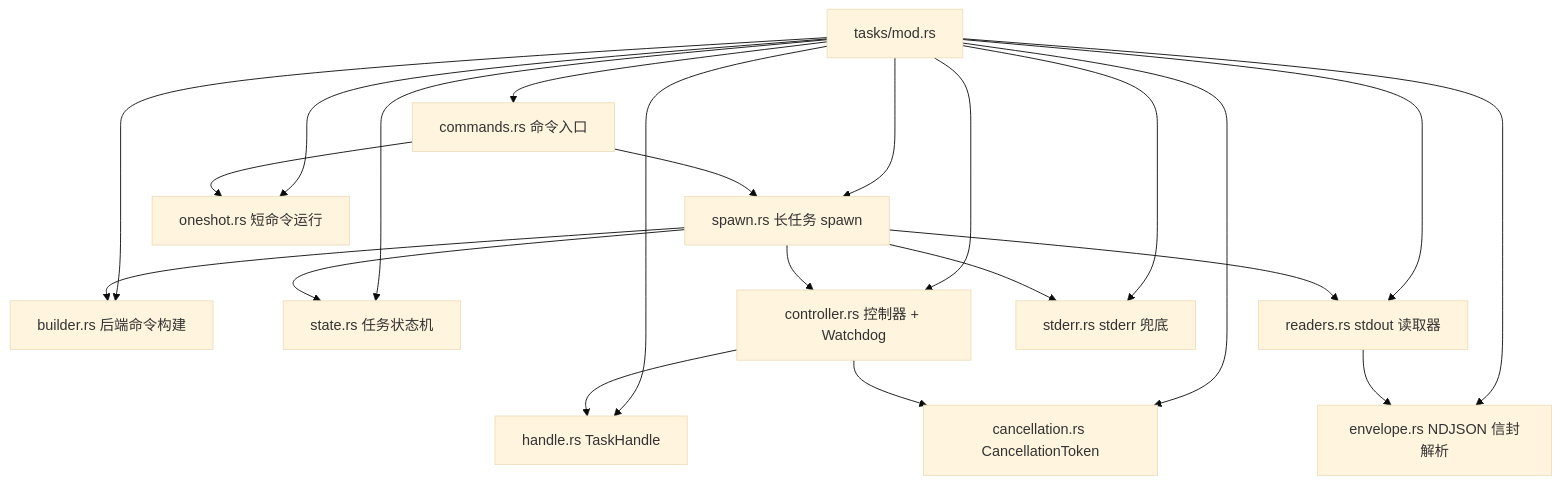
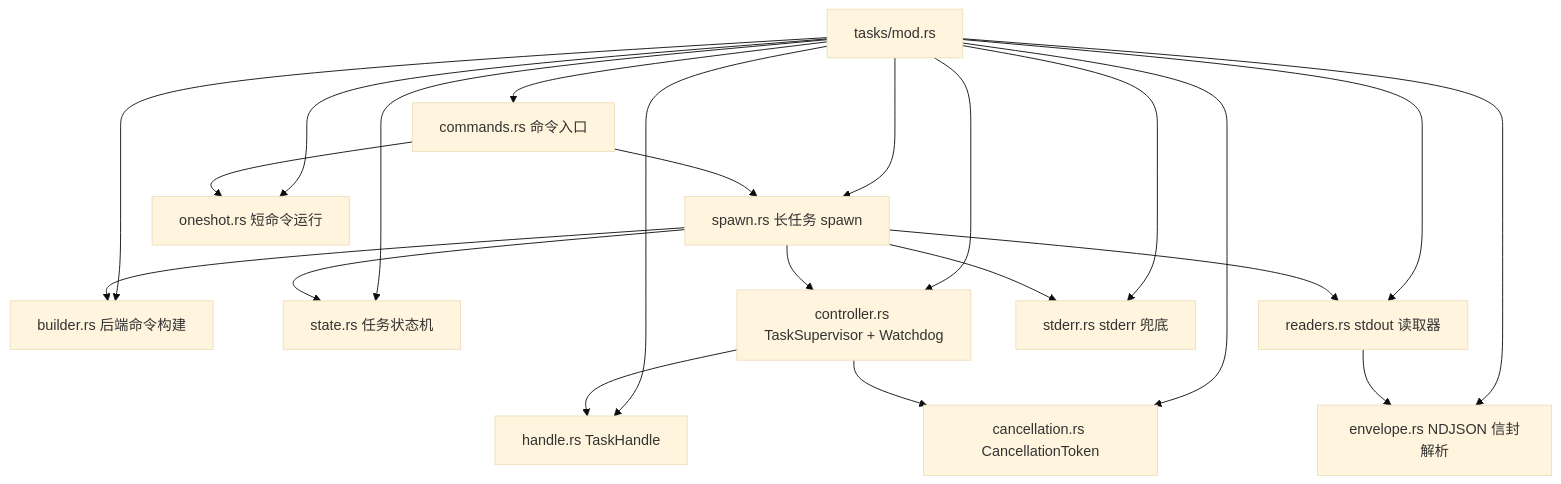
The second of 5 diagrams in docs/03-rust-shell-architecture.md (youge325/vp), drawn with Mermaid (base theme) before and after one commit. The commit also changed other lines of this file and 14 other files, not shown here.

````diff
--- a/docs/03-rust-shell-architecture.md
+++ b/docs/03-rust-shell-architecture.md
@@ -72,25 +70,25 @@
 ```mermaid
 graph TB
     A[tasks/mod.rs] --> B[commands.rs 命令入口]
     A --> C[spawn.rs 长任务 spawn]
     A --> D[oneshot.rs 短命令运行]
     A --> E[builder.rs 后端命令构建]
     A --> F[state.rs 任务状态机]
     A --> G[handle.rs TaskHandle]
-    A --> H[controller.rs 控制器 + Watchdog]
+    A --> H[controller.rs TaskSupervisor + Watchdog]
     A --> I[cancellation.rs CancellationToken]
     A --> J[readers.rs stdout 读取器]
     A --> K[envelope.rs NDJSON 信封解析]
     A --> L[stderr.rs stderr 兜底]
 
     B --> C
     B --> D
     C --> E
     C --> F
     C --> H
     C --> J
     C --> L
     H --> G
     H --> I
     J --> K
 ```
````
